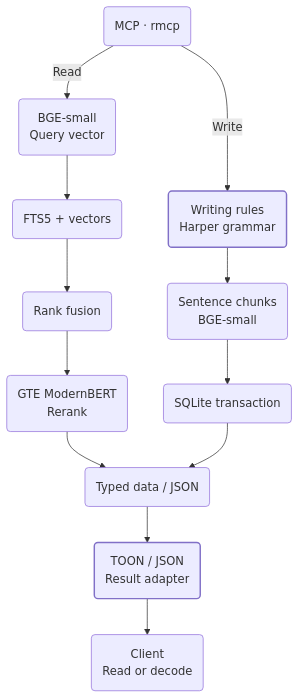
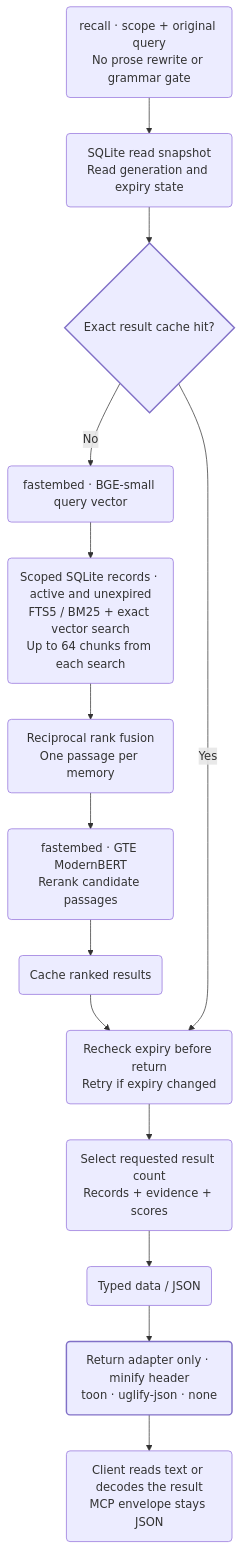
The third of 3 diagrams in README.md (enfour-digital/enfour-memory), drawn with Mermaid before and after one commit. The commit also changed other lines of this file and 7 other files, not shown here.

Commit message:
docs: restore complete RAG architecture and processing graphs

````diff
--- a/README.md
+++ b/README.md
@@ -62,18 +122,19 @@
 ```mermaid
 flowchart TB
-    mcp("MCP · rmcp")
-    mcp -->|Read| query("BGE-small<br/>Query vector")
-    query --> search("FTS5 + vectors")
-    search --> fusion("Rank fusion")
-    fusion --> rank("GTE ModernBERT<br/>Rerank")
-    rank --> data("Typed data / JSON")
-    data --> adapter("TOON / JSON<br/>Result adapter")
-    adapter --> client("Client<br/>Read or decode")
-    mcp -->|Write| rules("Writing rules<br/>Harper grammar")
-    rules --> embed("Sentence chunks<br/>BGE-small")
-    embed --> commit("SQLite transaction")
-    commit --> data
+    query("recall · scope + original query<br/>No prose rewrite or grammar gate") --> snapshot("SQLite read snapshot<br/>Read generation and expiry state")
+    snapshot --> cache{"Exact result cache hit?"}
+    cache -->|No| embed("fastembed · BGE-small query vector")
+    embed --> retrieval("Scoped SQLite records · active and unexpired<br/>FTS5 / BM25 + exact vector search<br/>Up to 64 chunks from each search")
+    retrieval --> fusion("Reciprocal rank fusion<br/>One passage per memory")
+    fusion --> rerank("fastembed · GTE ModernBERT<br/>Rerank candidate passages")
+    rerank --> save("Cache ranked results")
+    save --> expiry("Recheck expiry before return<br/>Retry if expiry changed")
+    cache -->|Yes| expiry
+    expiry --> limit("Select requested result count<br/>Records + evidence + scores")
+    limit --> data("Typed data / JSON")
+    data --> adapter("Return adapter only · minify header<br/>toon · uglify-json · none")
+    adapter --> client("Client reads text or decodes the result<br/>MCP envelope stays JSON")
     classDef default filter:none
     classDef accent stroke:#8170c7,stroke-width:2px,filter:none
-    class rules,adapter accent
+    class cache,adapter accent
 ```
````
